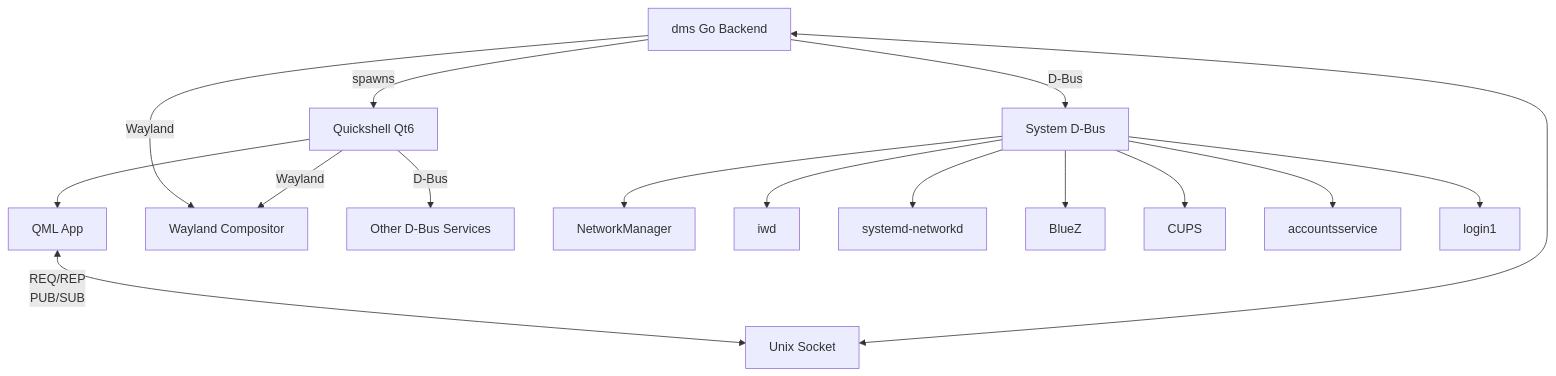
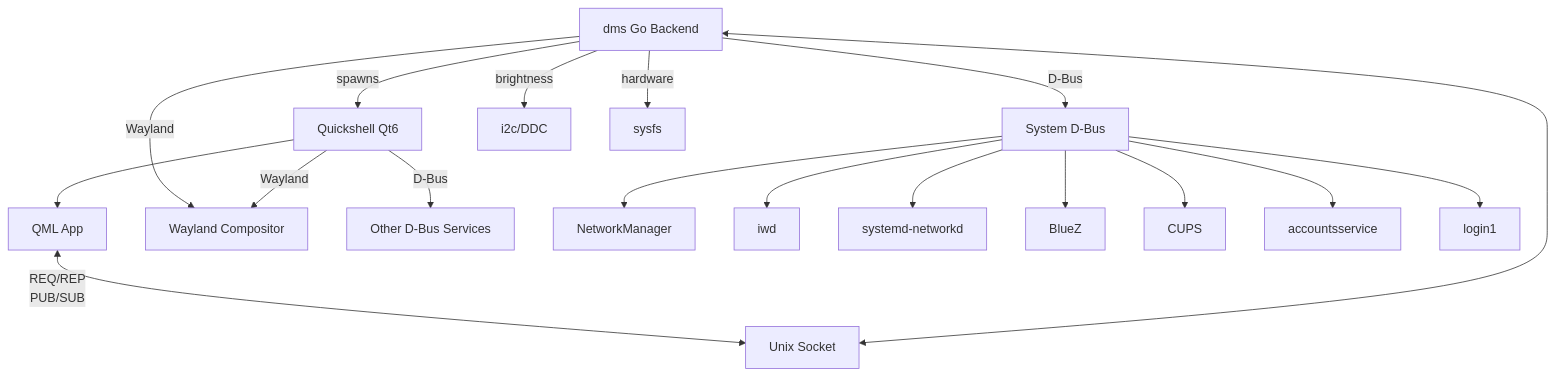
One commit to AvengeMedia/DankLinux-Docs changed the diagram in docs/dankmaterialshell/overview.mdx. Above: the diagram before and after it, drawn with Mermaid.

Commit message:
update mermaid chart

````diff
--- a/docs/dankmaterialshell/overview.mdx
+++ b/docs/dankmaterialshell/overview.mdx
@@ -51,28 +51,32 @@
 ```mermaid
 flowchart TD
     DMS[dms Go Backend]
     QS[Quickshell Qt6]
     QML[QML App]
     SOCK[Unix Socket]
 
     WL[Wayland Compositor]
     DBUS[System D-Bus]
+    I2C[i2c/DDC]
+    SYSFS[sysfs]
 
     DMS -->|spawns| QS
     QS --> QML
     QML <-->|REQ/REP<br/>PUB/SUB| SOCK
     SOCK <--> DMS
 
     DMS -->|D-Bus| DBUS
     DMS -->|Wayland| WL
+    DMS -->|brightness| I2C
+    DMS -->|hardware| SYSFS
     QS -->|D-Bus| DBUS_OTHER[Other D-Bus Services]
     QS -->|Wayland| WL
 
     DBUS --> NM[NetworkManager]
     DBUS --> IWD[iwd]
     DBUS --> NETD[systemd-networkd]
     DBUS --> BLZ[BlueZ]
     DBUS --> CUPS[CUPS]
     DBUS --> ACC[accountsservice]
     DBUS --> LOGIN[login1]
 ```
````
